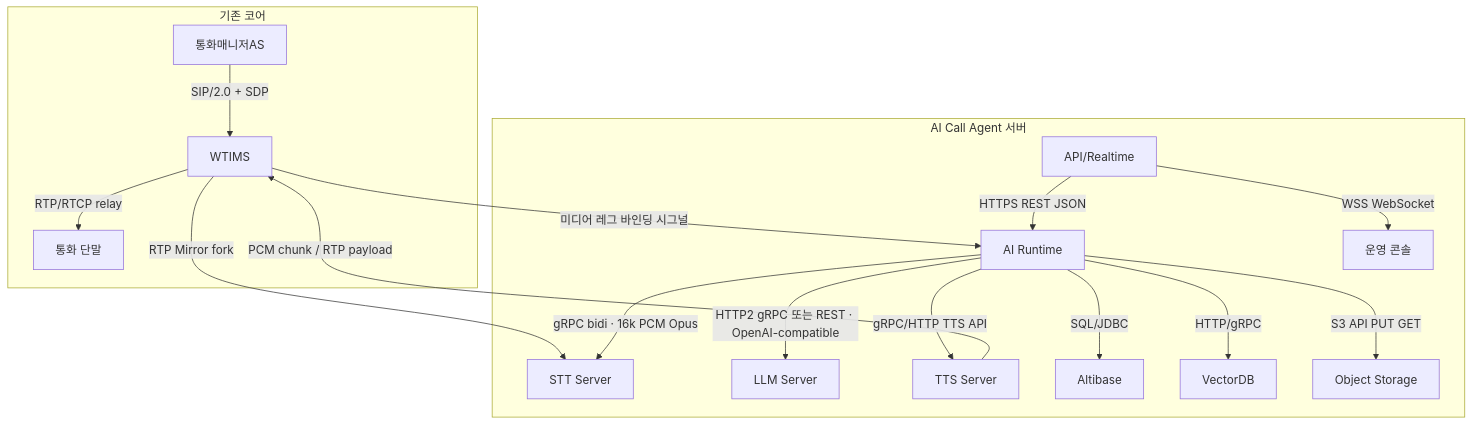
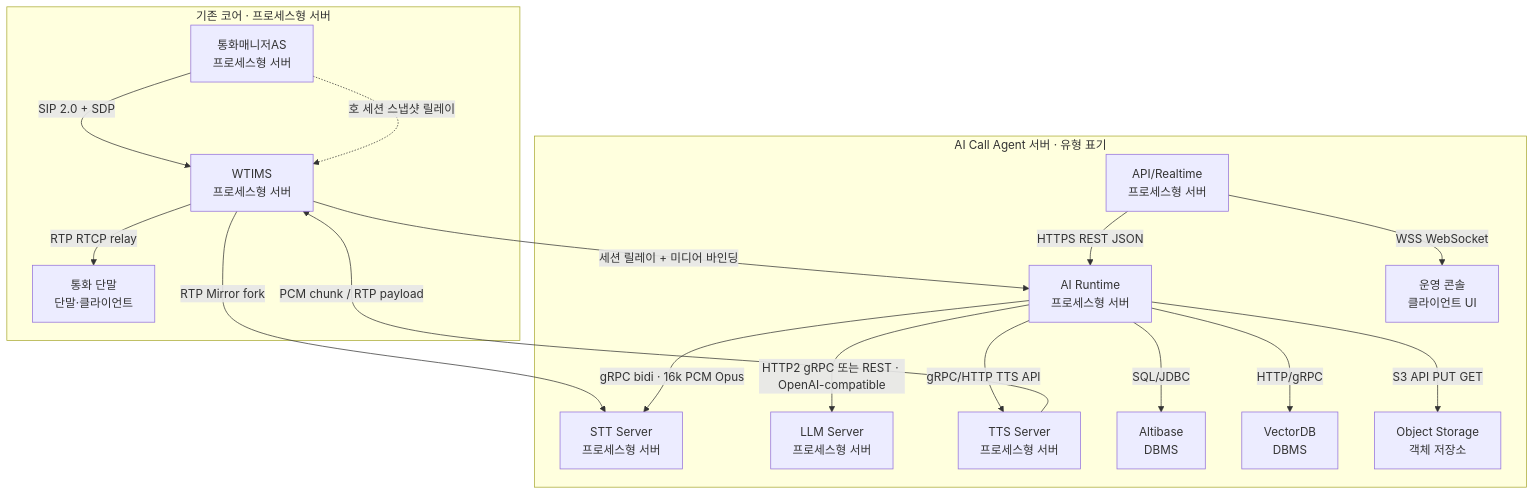
The second of 4 diagrams in docs/architecture/production-deployment-architecture.md (hak023/agentic_ai_callbot), drawn with Mermaid before and after one commit. The commit also changed other lines of this file, not shown here.

Commit message:
docs(architecture): CM→WT→AIR 세션 릴레이 단일 진입, 다이어그램 유형 표기

````diff
--- a/docs/architecture/production-deployment-architecture.md
+++ b/docs/architecture/production-deployment-architecture.md
@@ -193,29 +192,30 @@
 ```mermaid
 flowchart TD
-    subgraph CORE["기존 코어"]
-        CM["통화매니저AS"] -->|SIP/2.0 + SDP| WT["WTIMS"]
-        WT -->|RTP/RTCP relay| EP["통화 단말"]
+    subgraph CORE["기존 코어 · 프로세스형 서버"]
+        CM["통화매니저AS<br/>프로세스형 서버"] -->|SIP 2.0 + SDP| WT["WTIMS<br/>프로세스형 서버"]
+        CM -.->|호 세션 스냅샷 릴레이| WT
+        WT -->|RTP RTCP relay| EP["통화 단말<br/>단말·클라이언트"]
     end
-    subgraph ACA["AI Call Agent 서버"]
-        STT["STT Server"]
-        AIR["AI Runtime"]
-        LLM["LLM Server"]
-        TTS["TTS Server"]
-        API["API/Realtime"]
-        CON["운영 콘솔"]
-        ALT["Altibase"]
-        VDB["VectorDB"]
-        OBJ["Object Storage"]
+    subgraph ACA["AI Call Agent 서버 · 유형 표기"]
+        STT["STT Server<br/>프로세스형 서버"]
+        AIR["AI Runtime<br/>프로세스형 서버"]
+        LLM["LLM Server<br/>프로세스형 서버"]
+        TTS["TTS Server<br/>프로세스형 서버"]
+        API["API/Realtime<br/>프로세스형 서버"]
+        CON["운영 콘솔<br/>클라이언트 UI"]
+        ALT["Altibase<br/>DBMS"]
+        VDB["VectorDB<br/>DBMS"]
+        OBJ["Object Storage<br/>객체 저장소"]
     end
-    WT -->|미디어 레그 바인딩 시그널| AIR
+    WT -->|세션 릴레이 + 미디어 바인딩| AIR
     WT -->|RTP Mirror fork| STT
     AIR -->|gRPC bidi · 16k PCM Opus| STT
     AIR -->|HTTP2 gRPC 또는 REST · OpenAI-compatible| LLM
     AIR -->|gRPC/HTTP TTS API| TTS
     TTS -->|PCM chunk / RTP payload| WT
     API -->|HTTPS REST JSON| AIR
     API -->|WSS WebSocket| CON
     AIR -->|SQL/JDBC| ALT
     AIR -->|HTTP/gRPC| VDB
     AIR -->|S3 API PUT GET| OBJ
 ```
````
